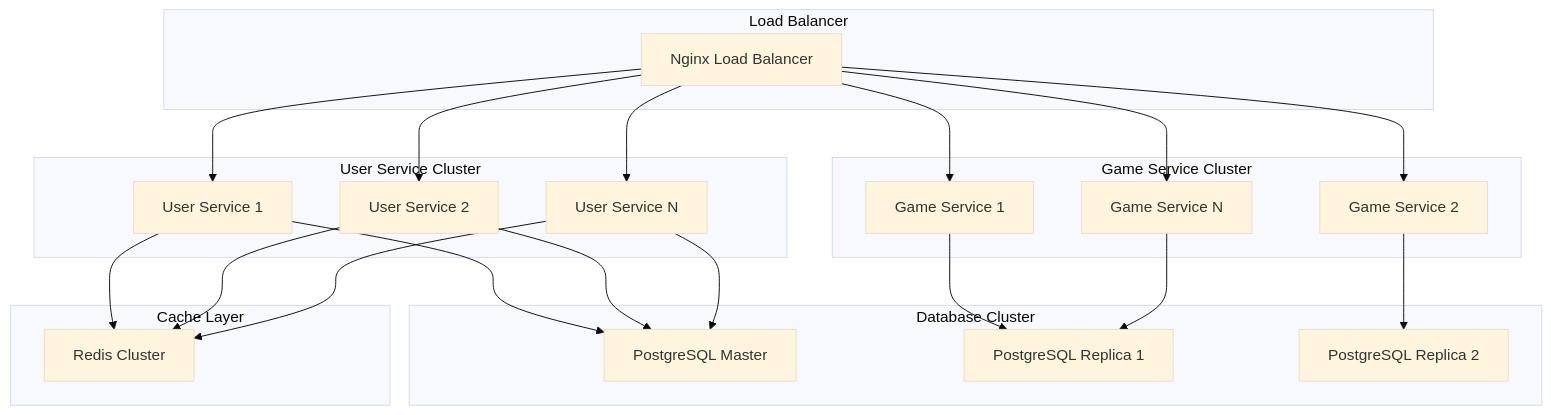
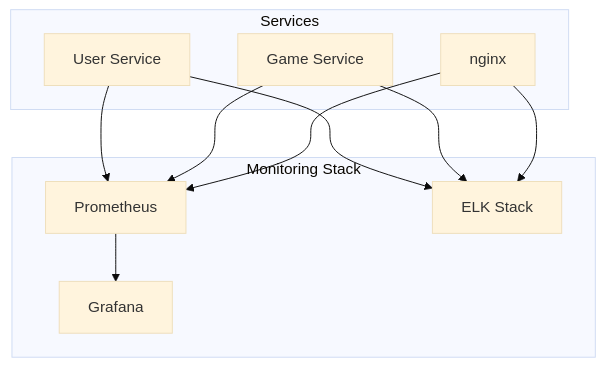
One commit to tanminkwan/test2 changed the tenth of 10 diagrams in ARCHITECTURE.md. Above: the diagram before and after it, drawn with Mermaid (base theme). The commit also changed other lines of this file and 26 other files, not shown here.

````diff
--- a/ARCHITECTURE.md
+++ b/ARCHITECTURE.md
@@ -621,46 +538,23 @@
 ```mermaid
 graph TB
-    subgraph "Load Balancer"
-        A[Nginx Load Balancer]
+    subgraph "Services"
+        A[User Service]
+        B[Game Service]
+        C[nginx]
     end
     
-    subgraph "User Service Cluster"
-        B[User Service 1]
-        C[User Service 2]
-        D[User Service N]
+    subgraph "Monitoring Stack"
+        D[Prometheus]
+        E[Grafana]
+        F[ELK Stack]
     end
     
-    subgraph "Game Service Cluster"
-        E[Game Service 1]
-        F[Game Service 2]
-        G[Game Service N]
-    end
+    A --> D
+    B --> D
+    C --> D
     
-    subgraph "Database Cluster"
-        H[PostgreSQL Master]
-        I[PostgreSQL Replica 1]
-        J[PostgreSQL Replica 2]
-    end
-    
-    subgraph "Cache Layer"
-        K[Redis Cluster]
-    end
-    
-    A --> B
-    A --> C
-    A --> D
-    A --> E
+    D --> E
     A --> F
-    A --> G
-    
-    B --> H
-    C --> H
-    D --> H
-    E --> I
-    F --> J
-    G --> I
-    
-    B --> K
-    C --> K
-    D --> K
+    B --> F
+    C --> F
 ```
````
